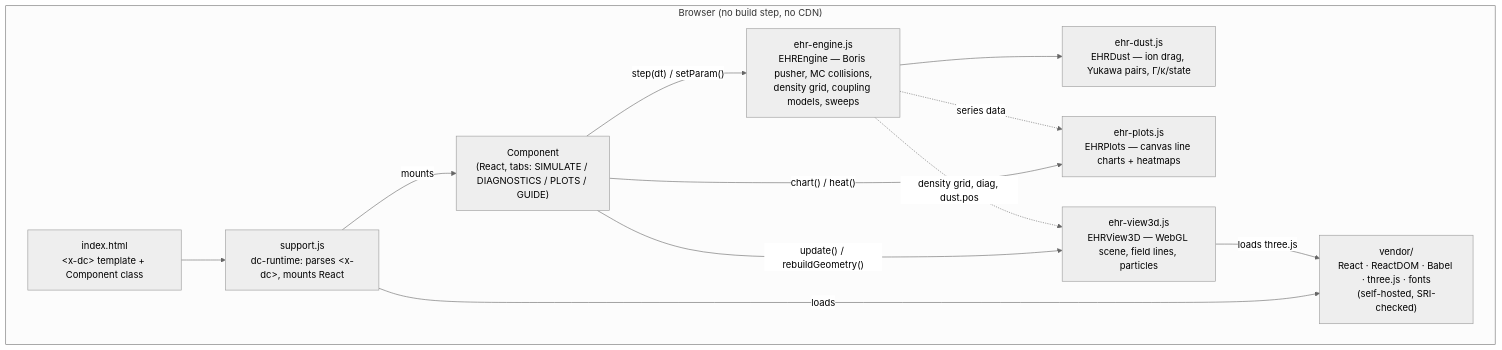
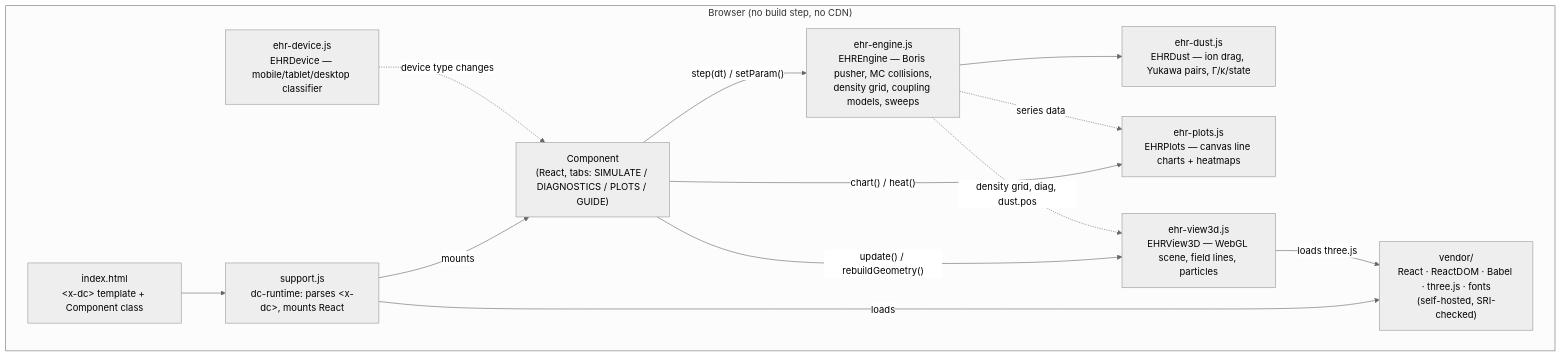
The diagram in README.md (ZachBach/ElectromagneticHelixReactor), drawn with Mermaid (neutral theme) before and after one commit. The commit also changed other lines of this file, not shown here.

First line of the commit message:
Update README: device module, four predictions, byte-exact vendor note

````diff
--- a/README.md
+++ b/README.md
@@ -26,24 +28,26 @@
 ```mermaid
 flowchart TD
     subgraph Browser["Browser (no build step, no CDN)"]
         HTML["index.html<br/>&lt;x-dc&gt; template + Component class"]
         Runtime["support.js<br/>dc-runtime: parses &lt;x-dc&gt;, mounts React"]
         Vendor["vendor/<br/>React · ReactDOM · Babel · three.js · fonts<br/>(self-hosted, SRI-checked)"]
         Comp["Component<br/>(React, tabs: SIMULATE / DIAGNOSTICS / PLOTS / GUIDE)"]
         Engine["ehr-engine.js<br/>EHREngine — Boris pusher, MC collisions,<br/>density grid, coupling models, sweeps"]
         Dust["ehr-dust.js<br/>EHRDust — ion drag, Yukawa pairs, Γ/κ/state"]
         Plots["ehr-plots.js<br/>EHRPlots — canvas line charts + heatmaps"]
         View["ehr-view3d.js<br/>EHRView3D — WebGL scene, field lines, particles"]
+        Device["ehr-device.js<br/>EHRDevice — mobile/tablet/desktop classifier"]
 
         HTML --> Runtime
         Runtime -- "loads" --> Vendor
         Runtime -- "mounts" --> Comp
         Comp -- "step(dt) / setParam()" --> Engine
         Engine --> Dust
         Comp -- "chart() / heat()" --> Plots
         Comp -- "update() / rebuildGeometry()" --> View
         View -- "loads three.js" --> Vendor
         Engine -. "density grid, diag, dust.pos" .-> View
         Engine -. "series data" .-> Plots
+        Device -. "device type changes" .-> Comp
     end
 ```
````
